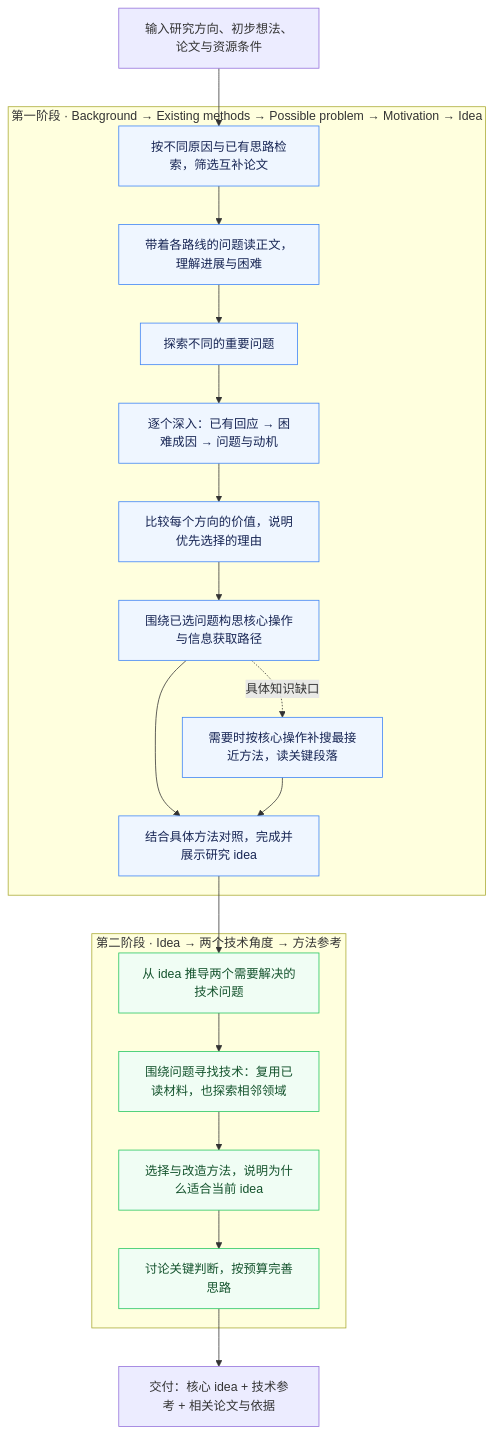
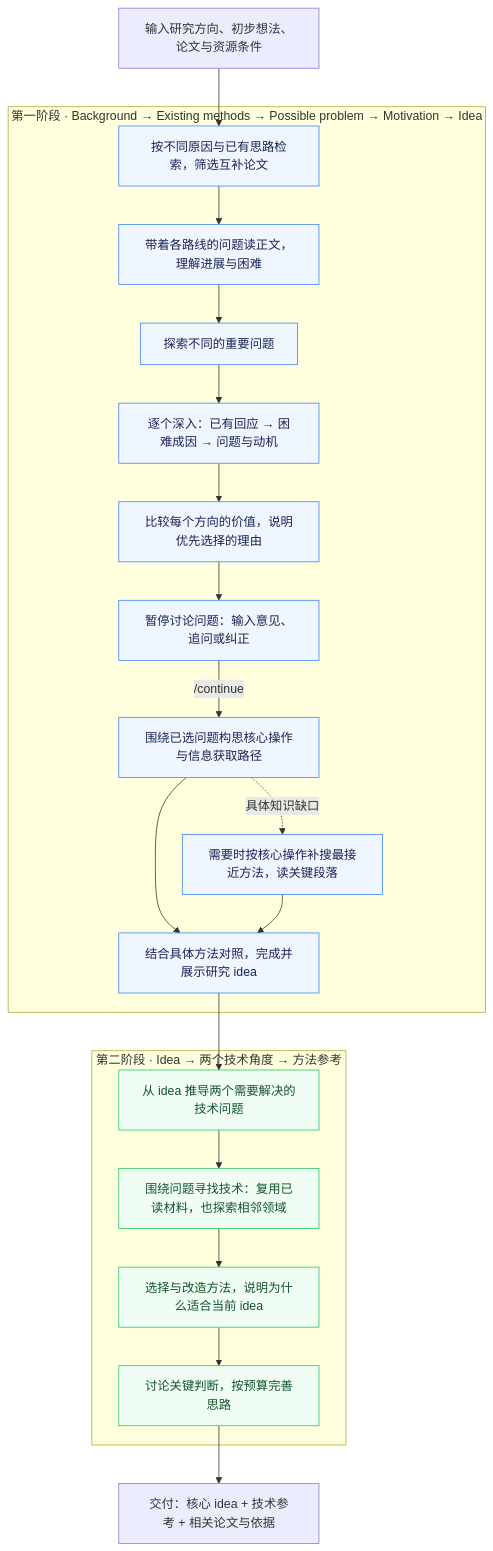
Before and after one commit to ghh1125/Research-idea: the diagram in README.md, drawn with Mermaid. The commit also changed other lines of this file and 25 other files, not shown here.

````diff
--- a/README.md
+++ b/README.md
@@ -39,33 +39,35 @@
 ```mermaid
 flowchart TD
     U["输入研究方向、初步想法、论文与资源条件"]
     subgraph S1["第一阶段 · Background → Existing methods → Possible problem → Motivation → Idea"]
         A["按不同原因与已有思路检索，筛选互补论文"]
         B["带着各路线的问题读正文，理解进展与困难"]
         C["探索不同的重要问题"]
         C1["逐个深入：已有回应 → 困难成因 → 问题与动机"]
         C2["比较每个方向的价值，说明优先选择的理由"]
         D["围绕已选问题构思核心操作与信息获取路径"]
         N["需要时按核心操作补搜最接近方法，读关键段落"]
-        A --> B --> C --> C1 --> C2 --> D
+        P["暂停讨论问题：输入意见、追问或纠正"]
+        A --> B --> C --> C1 --> C2 --> P
+        P -->|/continue| D
         D -.具体知识缺口.-> N
         I["结合具体方法对照，完成并展示研究 idea"]
         D --> I
         N --> I
     end
     subgraph S2["第二阶段 · Idea → 两个技术角度 → 方法参考"]
         E["从 idea 推导两个需要解决的技术问题"]
         F["围绕问题寻找技术：复用已读材料，也探索相邻领域"]
         G["选择与改造方法，说明为什么适合当前 idea"]
         H["讨论关键判断，按预算完善思路"]
         E --> F --> G --> H
     end
     O["交付：核心 idea + 技术参考 + 相关论文与依据"]
     U --> A
     I --> E
     H --> O
     classDef concept fill:#eff6ff,stroke:#3b82f6,color:#172554
     classDef design fill:#f0fdf4,stroke:#22c55e,color:#14532d
-    class A,B,C,C1,C2,D,N,I concept
+    class A,B,C,C1,C2,P,D,N,I concept
     class E,F,G,H design
 ```
````
